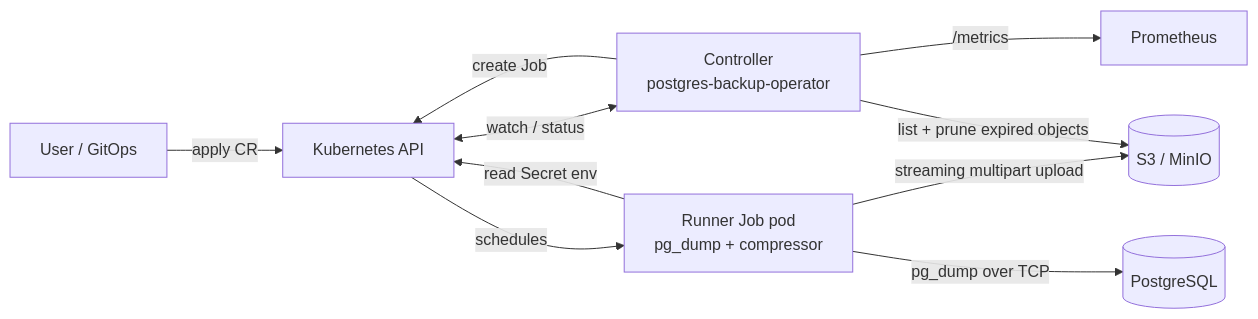
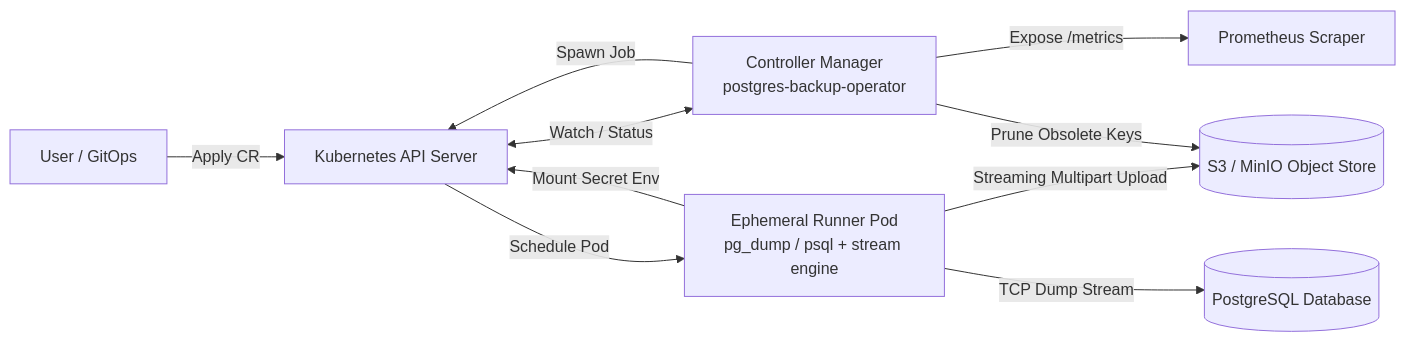
One commit to Xol1ren/postgres-backup-operator changed the diagram in README.md. Above: the diagram before and after it, drawn with Mermaid. The commit also changed other lines of this file, not shown here.

Commit message:
docs: update architectural diagrams, pg compatibility matrix, and runbooks

````diff
--- a/README.md
+++ b/README.md
@@ -12,12 +18,12 @@
 ```mermaid
 flowchart LR
-    U[User / GitOps] -->|apply CR| API[Kubernetes API]
-    API <-->|watch / status| C[Controller<br/>postgres-backup-operator]
-    C -->|create Job| API
-    API -->|schedules| J[Runner Job pod<br/>pg_dump + compressor]
-    J -->|read Secret env| API
-    J -->|pg_dump over TCP| PG[(PostgreSQL)]
-    J -->|streaming multipart upload| S3[(S3 / MinIO)]
-    C -->|list + prune expired objects| S3
-    C -->|/metrics| P[Prometheus]
+    U[User / GitOps] -->|Apply CR| API[Kubernetes API Server]
+    API <-->|Watch / Status| C[Controller Manager<br/>postgres-backup-operator]
+    C -->|Spawn Job| API
+    API -->|Schedule Pod| J[Ephemeral Runner Pod<br/>pg_dump / psql + stream engine]
+    J -->|Mount Secret Env| API
+    J -->|TCP Dump Stream| PG[(PostgreSQL Database)]
+    J -->|Streaming Multipart Upload| S3[(S3 / MinIO Object Store)]
+    C -->|Prune Obsolete Keys| S3
+    C -->|Expose /metrics| P[Prometheus Scraper]
 ```
````
